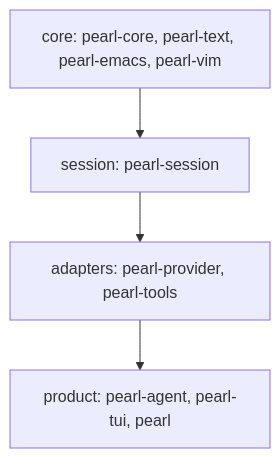
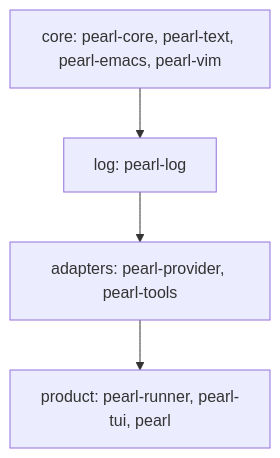
Before and after one commit to OverbearingPearl/pearl: the diagram in docs/architecture.md, drawn with Mermaid. The commit also changed other lines of this file and 3 other files, not shown here.

First line of the commit message:
Say log and runner on the four pages

````diff
--- a/docs/architecture.md
+++ b/docs/architecture.md
@@ -28,6 +28,6 @@
 ```mermaid
 flowchart TD
-    core[core: pearl-core, pearl-text, pearl-emacs, pearl-vim] --> session[session: pearl-session]
-    session --> adapters[adapters: pearl-provider, pearl-tools]
-    adapters --> product[product: pearl-agent, pearl-tui, pearl]
+    core[core: pearl-core, pearl-text, pearl-emacs, pearl-vim] --> log[log: pearl-log]
+    log --> adapters[adapters: pearl-provider, pearl-tools]
+    adapters --> product[product: pearl-runner, pearl-tui, pearl]
 ```
````
